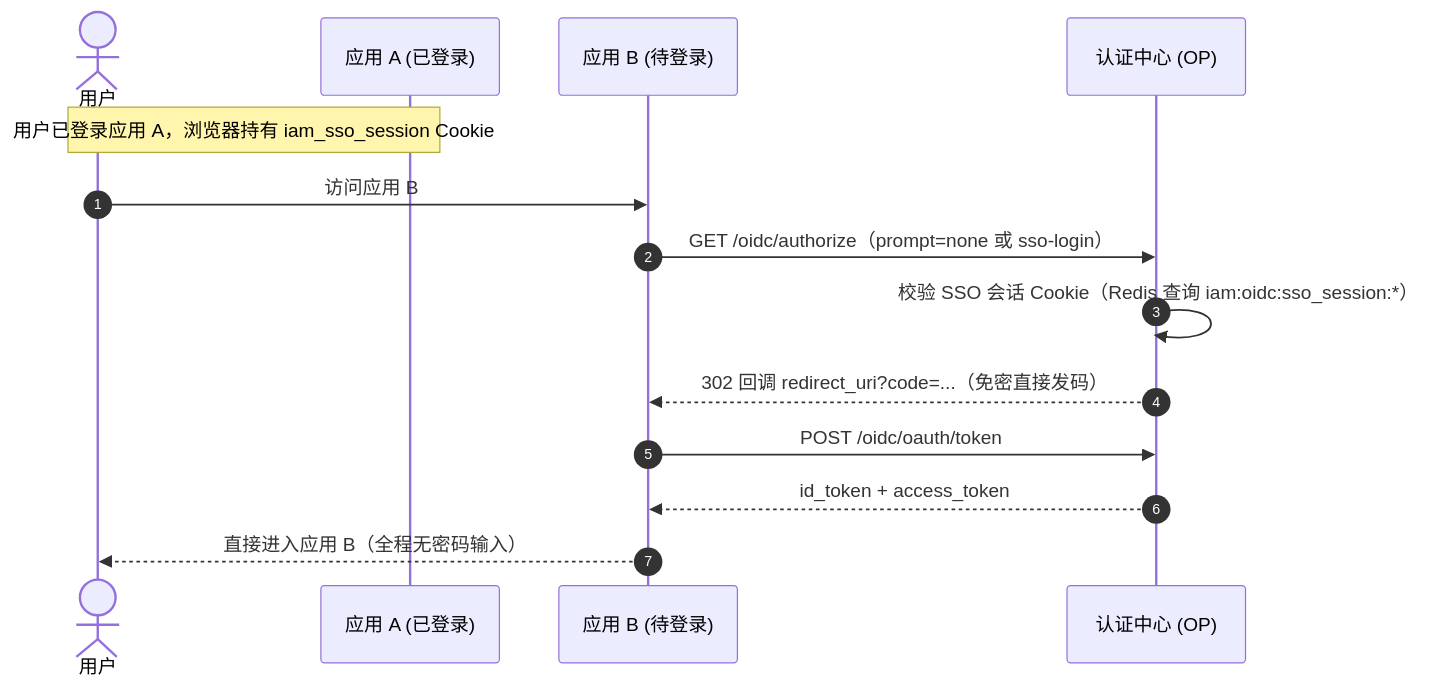
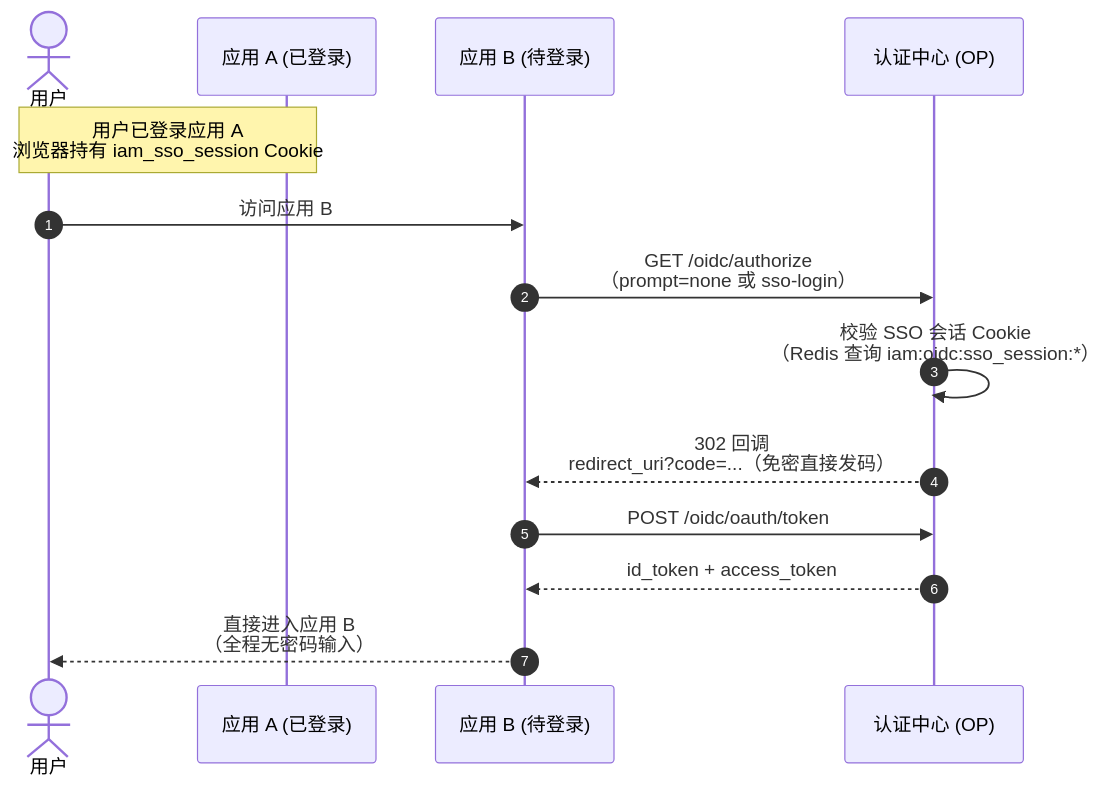
One commit to morehao/ark-iam changed the sixth of 12 diagrams in docs/design/sso-oidc-concepts.md. Above: the diagram before and after it, drawn with Mermaid. The commit also changed other lines of this file and 172 other files, not shown here.

````diff
--- a/docs/design/sso-oidc-concepts.md
+++ b/docs/design/sso-oidc-concepts.md
@@ -253,17 +253,17 @@
 ```mermaid
 sequenceDiagram
     autonumber
     actor U as 用户
     participant RP1 as 应用 A (已登录)
     participant RP2 as 应用 B (待登录)
     participant OP as 认证中心 (OP)
 
-    Note over U,RP1: 用户已登录应用 A，浏览器持有 iam_sso_session Cookie
+    Note over U,RP1: 用户已登录应用 A<br/>浏览器持有 iam_sso_session Cookie
     U->>RP2: 访问应用 B
-    RP2->>OP: GET /oidc/authorize（prompt=none 或 sso-login）
-    OP->>OP: 校验 SSO 会话 Cookie（Redis 查询 iam:oidc:sso_session:*）
-    OP-->>RP2: 302 回调 redirect_uri?code=...（免密直接发码）
+    RP2->>OP: GET /oidc/authorize<br/>（prompt=none 或 sso-login）
+    OP->>OP: 校验 SSO 会话 Cookie<br/>（Redis 查询 iam:oidc:sso_session:*）
+    OP-->>RP2: 302 回调<br/>redirect_uri?code=...（免密直接发码）
     RP2->>OP: POST /oidc/oauth/token
     OP-->>RP2: id_token + access_token
-    RP2-->>U: 直接进入应用 B（全程无密码输入）
+    RP2-->>U: 直接进入应用 B<br/>（全程无密码输入）
 ```
````
